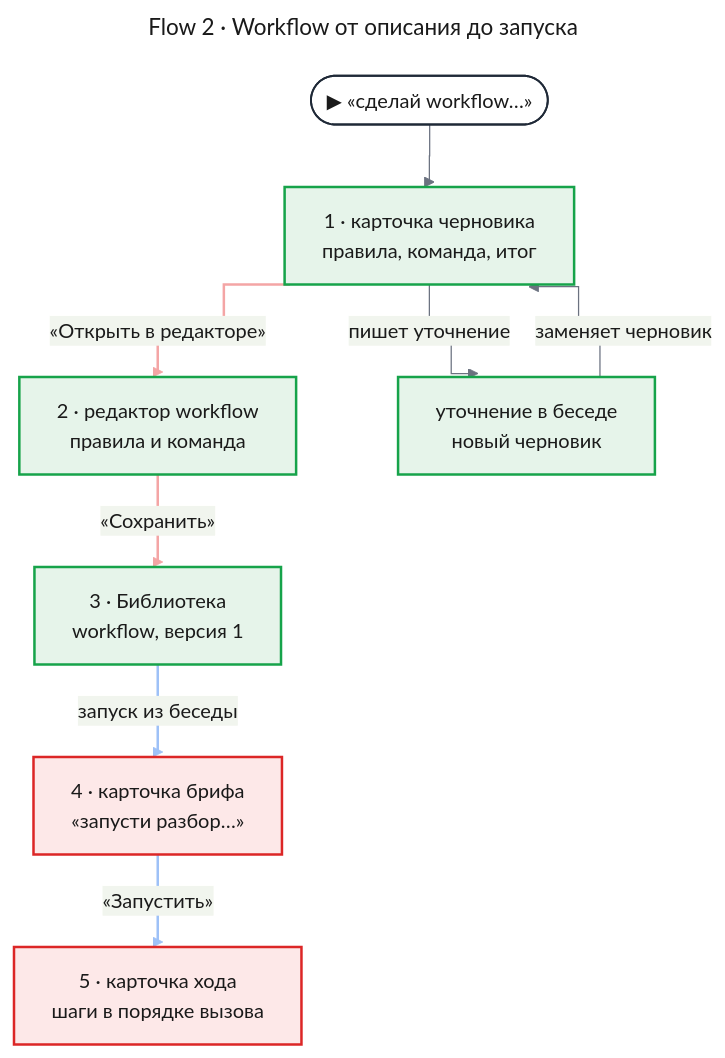
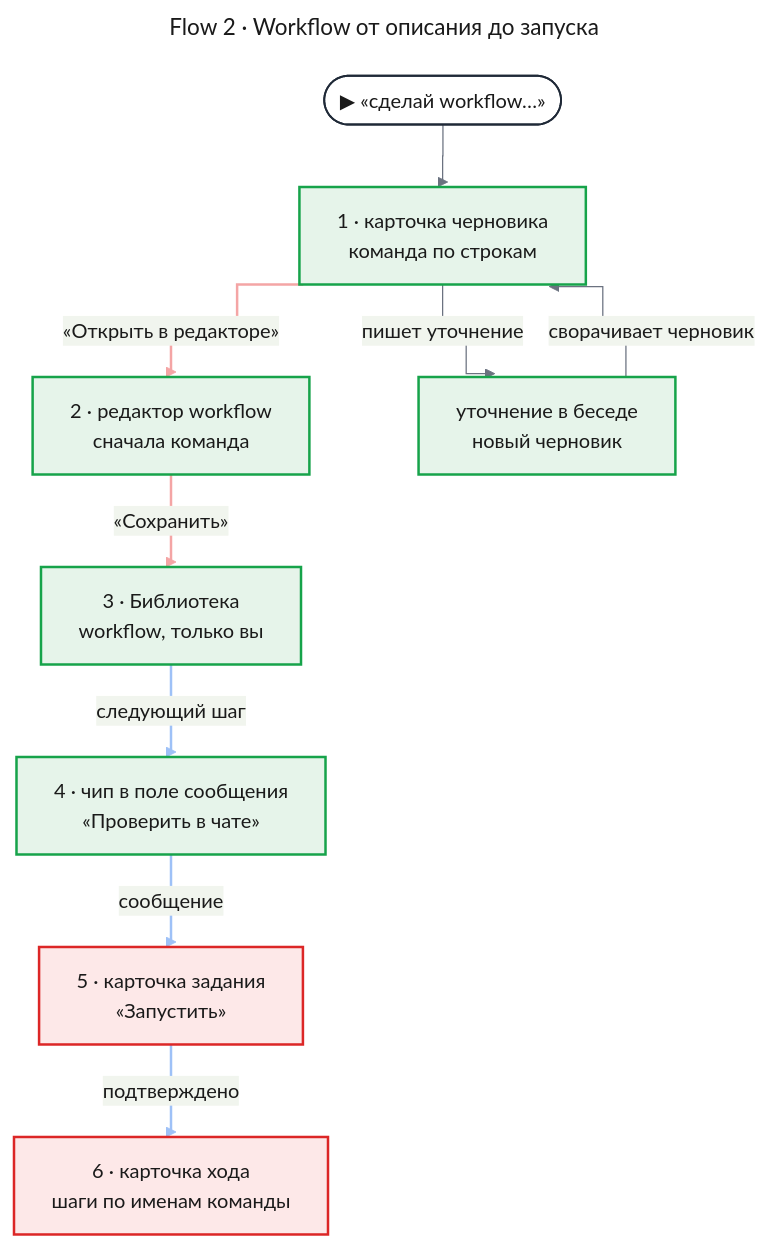
Before and after one commit to tundraray/agent-os: the fourth of 5 diagrams in docs/features/custom-agents/uxrd.md, drawn with Mermaid. The commit also changed other lines of this file and 11 other files, not shown here.

````diff
--- a/docs/features/custom-agents/uxrd.md
+++ b/docs/features/custom-agents/uxrd.md
@@ -207,47 +213,51 @@
 ```mermaid
 ---
 title: "Flow 2 · Workflow от описания до запуска"
 config:
   theme: base
   look: classic
   themeVariables:
     primaryColor: "#eef1f5"
     primaryBorderColor: "#4b5563"
     primaryTextColor: "#1a1a1a"
     lineColor: "#6b7280"
   flowchart:
     curve: step
   themeCSS: |
-    @keyframes lit_ca2{0%,22.5%{stroke:#991b1b;stroke-width:6px}25%,100%{stroke:#f4a5a5;stroke-width:2px}}
-    @keyframes litr_ca2{0%,22.5%{stroke:#1d4ed8;stroke-width:6px}25%,100%{stroke:#9ec1f7;stroke-width:2px}}
+    @keyframes lit_ca2{0%,18%{stroke:#991b1b;stroke-width:6px}20%,100%{stroke:#f4a5a5;stroke-width:2px}}
+    @keyframes litr_ca2{0%,18%{stroke:#1d4ed8;stroke-width:6px}20%,100%{stroke:#9ec1f7;stroke-width:2px}}
 ---
 flowchart TD
     entry(["▶ «сделай workflow…»"])
-    card["1 · карточка черновика<br/>правила, команда, итог"]
-    editor["2 · редактор workflow<br/>правила и команда"]
-    lib["3 · Библиотека<br/>workflow, версия 1"]
-    brief["4 · карточка брифа<br/>«запусти разбор…»"]
-    run["5 · карточка хода<br/>шаги в порядке вызова"]
+    card["1 · карточка черновика<br/>команда по строкам"]
+    editor["2 · редактор workflow<br/>сначала команда"]
+    lib["3 · Библиотека<br/>workflow, только вы"]
+    chip["4 · чип в поле сообщения<br/>«Проверить в чате»"]
+    task["5 · карточка задания<br/>«Запустить»"]
+    run["6 · карточка хода<br/>шаги по именам команды"]
     refine["уточнение в беседе<br/>новый черновик"]
     entry --> card
     card e1@-->|"«Открыть в редакторе»"| editor
     editor e2@-->|"«Сохранить»"| lib
-    lib e3@-->|"запуск из беседы"| brief
-    brief e4@-->|"«Запустить»"| run
+    lib e3@-->|"следующий шаг"| chip
+    chip e4@-->|"сообщение"| task
+    task e5@-->|"подтверждено"| run
     card -->|"пишет уточнение"| refine
-    refine -->|"заменяет черновик"| card
+    refine -->|"сворачивает черновик"| card
     classDef entry fill:#ffffff,stroke:#1f2937,stroke-width:1.5px,color:#1a1a1a
     classDef changed fill:#fde8e8,stroke:#dc2626,stroke-width:2px,color:#1a1a1a
     classDef new fill:#e6f4ea,stroke:#16a34a,stroke-width:2px,color:#1a1a1a
-    classDef w1 stroke:#f4a5a5,stroke-width:2px,animation:lit_ca2 4.8s linear 0s infinite
-    classDef w2 stroke:#f4a5a5,stroke-width:2px,animation:lit_ca2 4.8s linear 1.2s infinite
-    classDef r1 stroke:#9ec1f7,stroke-width:2px,animation:litr_ca2 4.8s linear 2.4s infinite
-    classDef r2 stroke:#9ec1f7,stroke-width:2px,animation:litr_ca2 4.8s linear 3.6s infinite
+    classDef w1 stroke:#f4a5a5,stroke-width:2px,animation:lit_ca2 6s linear 0s infinite
+    classDef w2 stroke:#f4a5a5,stroke-width:2px,animation:lit_ca2 6s linear 1.2s infinite
+    classDef r1 stroke:#9ec1f7,stroke-width:2px,animation:litr_ca2 6s linear 2.4s infinite
+    classDef r2 stroke:#9ec1f7,stroke-width:2px,animation:litr_ca2 6s linear 3.6s infinite
+    classDef r3 stroke:#9ec1f7,stroke-width:2px,animation:litr_ca2 6s linear 4.8s infinite
     class entry entry
-    class brief,run changed
-    class card,refine,editor,lib new
+    class task,run changed
+    class card,refine,editor,lib,chip new
     class e1 w1
     class e2 w2
     class e3 r1
     class e4 r2
+    class e5 r3
 ```
````
